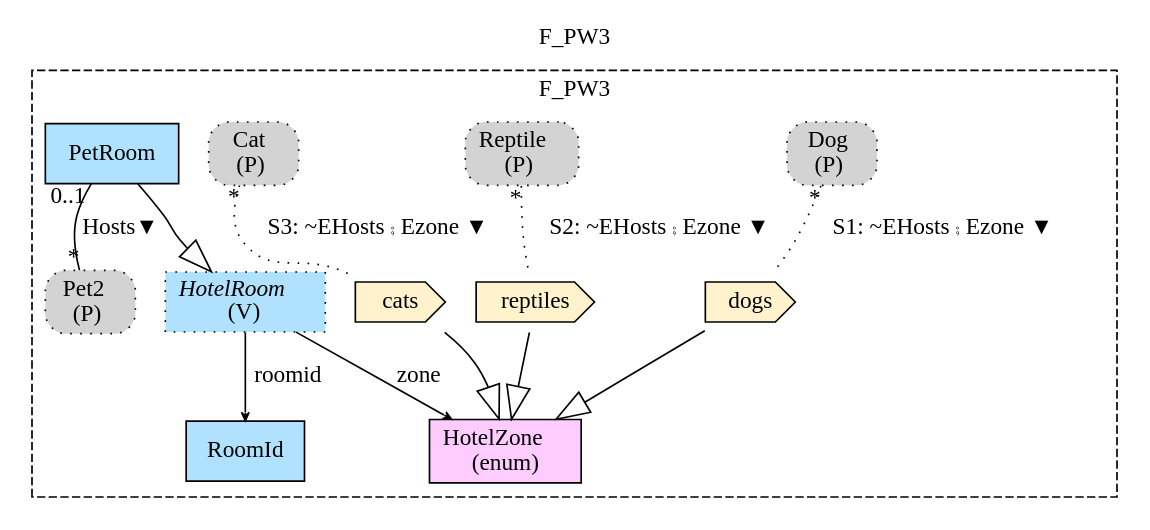
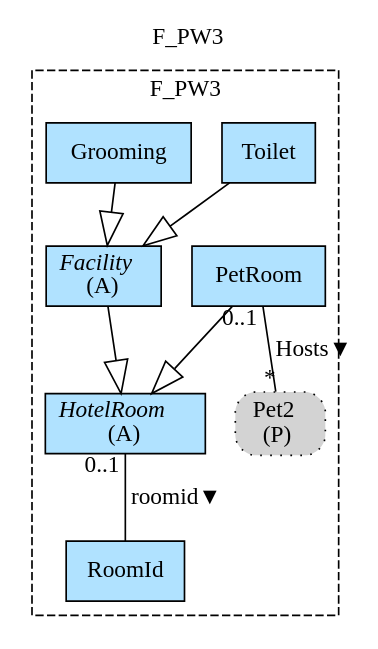
Before and after one commit to namalio/Fragmenta: the diagram in Haskell/FragmentaTests/PetsWorld/img/F_PW3.gv, drawn with Graphviz. The commit also changed 29 other files, not shown here.

```diff
--- a/Haskell/FragmentaTests/PetsWorld/img/F_PW3.gv
+++ b/Haskell/FragmentaTests/PetsWorld/img/F_PW3.gv
@@ -1,31 +1,20 @@
 digraph {graph[label=F_PW3,labelloc=tl,labelfontsize=12];
 subgraph cluster_F_PW3{style=dashed;label=F_PW3;
 "PPet2"[shape=box,fillcolor=lightgray,style ="rounded,filled,dotted",label=<Pet2<br/>(P)>];
+"PetRoom"[shape=record,fillcolor=lightskyblue1,style = filled,label="PetRoom"];
 "RoomId"[shape=record,fillcolor=lightskyblue1,style = filled,label="RoomId"];
-"HotelZone"[shape=record,fillcolor="#FFCCFF",style = filled,label="HotelZone\l(enum)"];
-"PDog"[shape=box,fillcolor=lightgray,style ="rounded,filled,dotted",label=<Dog<br/>(P)>];
-"dogs"[shape=cds,fillcolor="#FFF2CC",style = filled,label="dogs"];
-"PReptile"[shape=box,fillcolor=lightgray,style ="rounded,filled,dotted",label=<Reptile<br/>(P)>];
-"reptiles"[shape=cds,fillcolor="#FFF2CC",style = filled,label="reptiles"];
-"PCat"[shape=box,fillcolor=lightgray,style ="rounded,filled,dotted",label=<Cat<br/>(P)>];
-"cats"[shape=cds,fillcolor="#FFF2CC",style = filled,label="cats"];
-"PetRoom"[shape=record,fillcolor=lightskyblue1,style = filled,label="PetRoom"];
-"HotelRoom"[shape=record,fillcolor=lightskyblue1,style ="filled,dotted",label=<{<I>HotelRoom</I><br/>(V)}>];
+"Facility"[shape=record,fillcolor=lightskyblue1,style = filled,label=<{<I>Facility</I><br/>(A)}>];
+"Toilet"[shape=record,fillcolor=lightskyblue1,style = filled,label="Toilet"];
+"Grooming"[shape=record,fillcolor=lightskyblue1,style = filled,label="Grooming"];
+"HotelRoom"[shape=record,fillcolor=lightskyblue1,style = filled,label=<{<I>HotelRoom</I><br/>(A)}>];
 
-"dogs"->"HotelZone"[arrowhead=onormal,arrowsize=2.0];
-"reptiles"->"HotelZone"[arrowhead=onormal,arrowsize=2.0];
-"cats"->"HotelZone"[arrowhead=onormal,arrowsize=2.0];
 "PetRoom"->"PPet2"[label="Hosts▼",dir=none,taillabel="0..1",headlabel="*"];
-"HotelRoom"->"RoomId"[label="roomid",arrowhead=vee,headlabel="",arrowsize=.5];
-"HotelRoom"->"HotelZone"[label="zone",arrowhead=vee,headlabel="",arrowsize=.5];
-"PDog"->"dogs"[label="S1: ~EHosts ⨾ Ezone ▼",dir=none,taillabel="*",headlabel="",style=dotted];
-"PReptile"->"reptiles"[label="S2: ~EHosts ⨾ Ezone ▼",dir=none,taillabel="*",headlabel="",style=dotted];
-"PCat"->"cats"[label="S3: ~EHosts ⨾ Ezone ▼",dir=none,taillabel="*",headlabel="",style=dotted];
+"HotelRoom"->"RoomId"[label="roomid▼",dir=none,taillabel="0..1",headlabel=""];
 "PetRoom"->"HotelRoom"[arrowhead=onormal,arrowsize=2.0];
+"Facility"->"HotelRoom"[arrowhead=onormal,arrowsize=2.0];
+"Toilet"->"Facility"[arrowhead=onormal,arrowsize=2.0];
+"Grooming"->"Facility"[arrowhead=onormal,arrowsize=2.0];
 
 }
 
-
-
-
 }
```
